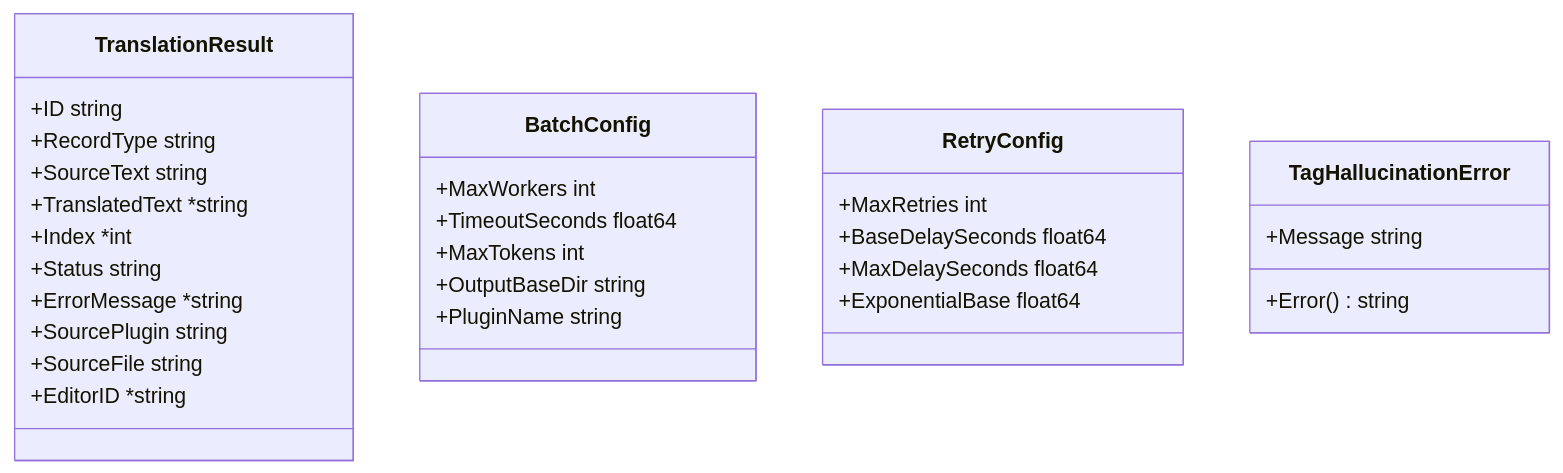
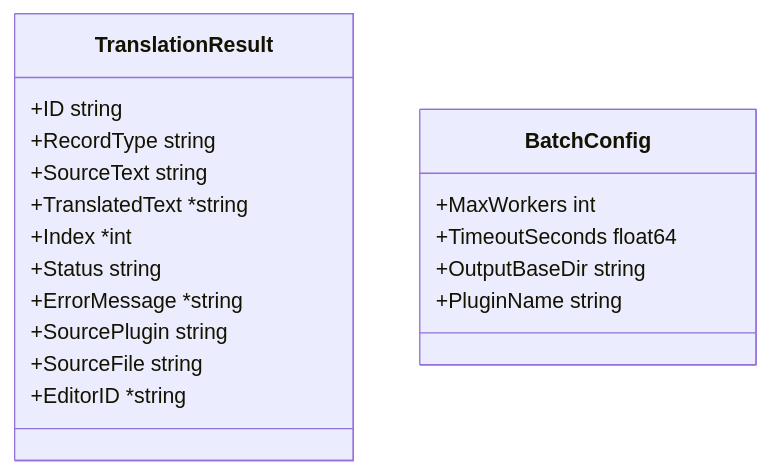
Before and after one commit to ishibata91/ai-translation-engine-2: the second of 2 diagrams in specs/Pass2TranslatorSlice/main_translator_class_diagram.md, drawn with Mermaid. The commit also changed other lines of this file and 5 other files, not shown here.

````diff
--- a/specs/Pass2TranslatorSlice/main_translator_class_diagram.md
+++ b/specs/Pass2TranslatorSlice/main_translator_class_diagram.md
@@ -114,35 +92,22 @@
 ```mermaid
 classDiagram
     class TranslationResult {
         +ID string
         +RecordType string
         +SourceText string
         +TranslatedText *string
         +Index *int
         +Status string
         +ErrorMessage *string
         +SourcePlugin string
         +SourceFile string
         +EditorID *string
     }
 
     class BatchConfig {
         +MaxWorkers int
         +TimeoutSeconds float64
-        +MaxTokens int
         +OutputBaseDir string
         +PluginName string
     }
-
-    class RetryConfig {
-        +MaxRetries int
-        +BaseDelaySeconds float64
-        +MaxDelaySeconds float64
-        +ExponentialBase float64
-    }
-
-    class TagHallucinationError {
-        +Message string
-        +Error() string
-    }
 ```
````
